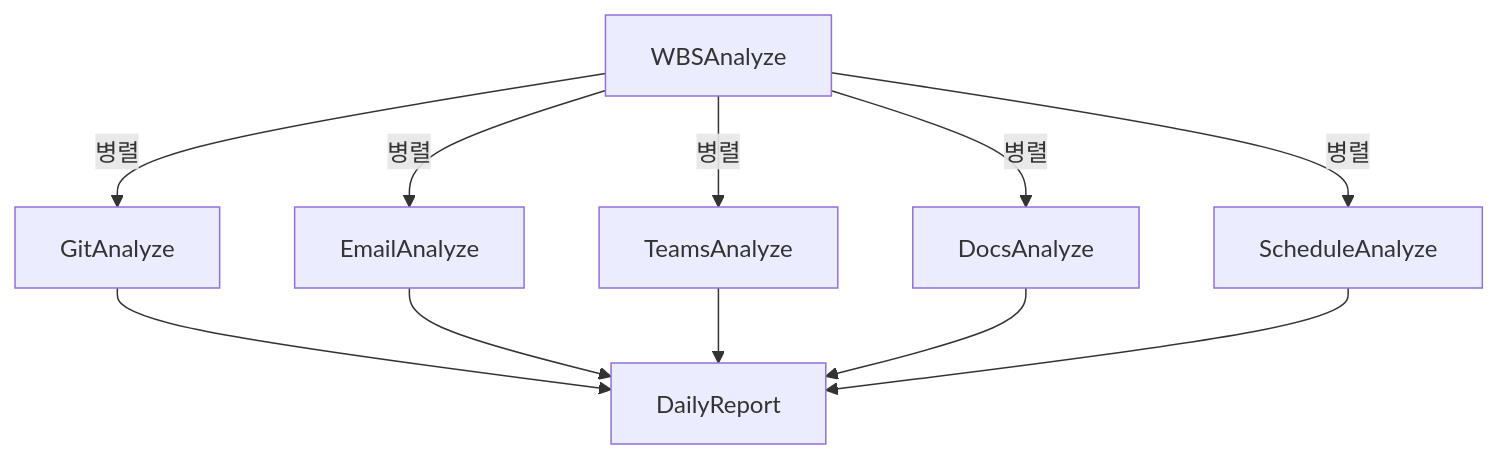
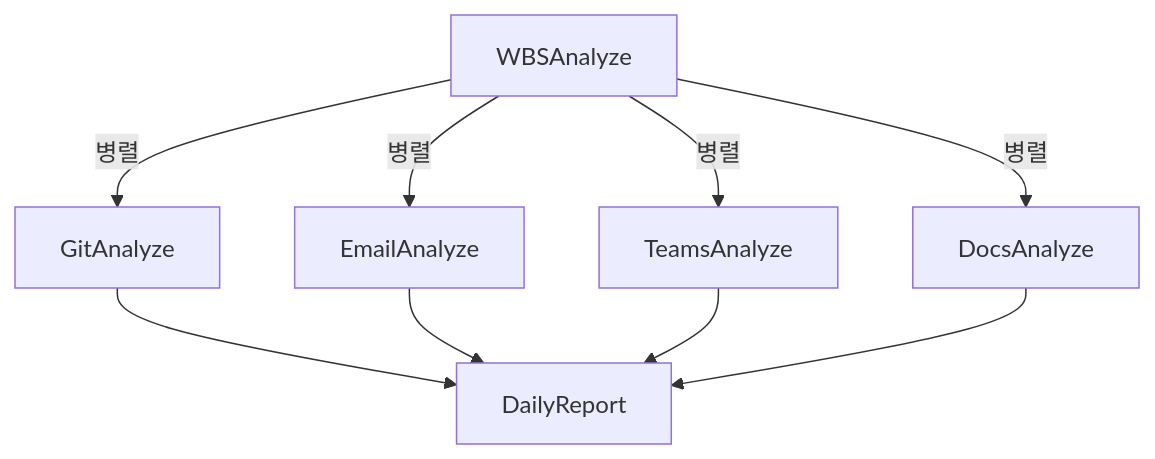
Before and after one commit to skala-yAXim/AI-end: the first of 3 diagrams in README.md, drawn with Mermaid.

````diff
--- a/README.md
+++ b/README.md
@@ -33,13 +33,11 @@
  ```mermaid
 graph TD;
     WBSAnalyze -->|병렬| GitAnalyze
     WBSAnalyze -->|병렬| EmailAnalyze
     WBSAnalyze -->|병렬| TeamsAnalyze
     WBSAnalyze -->|병렬| DocsAnalyze
-    WBSAnalyze -->|병렬| ScheduleAnalyze
     GitAnalyze --> DailyReport
     EmailAnalyze --> DailyReport
     TeamsAnalyze --> DailyReport
     DocsAnalyze --> DailyReport
-    ScheduleAnalyze --> DailyReport
 ```
````
